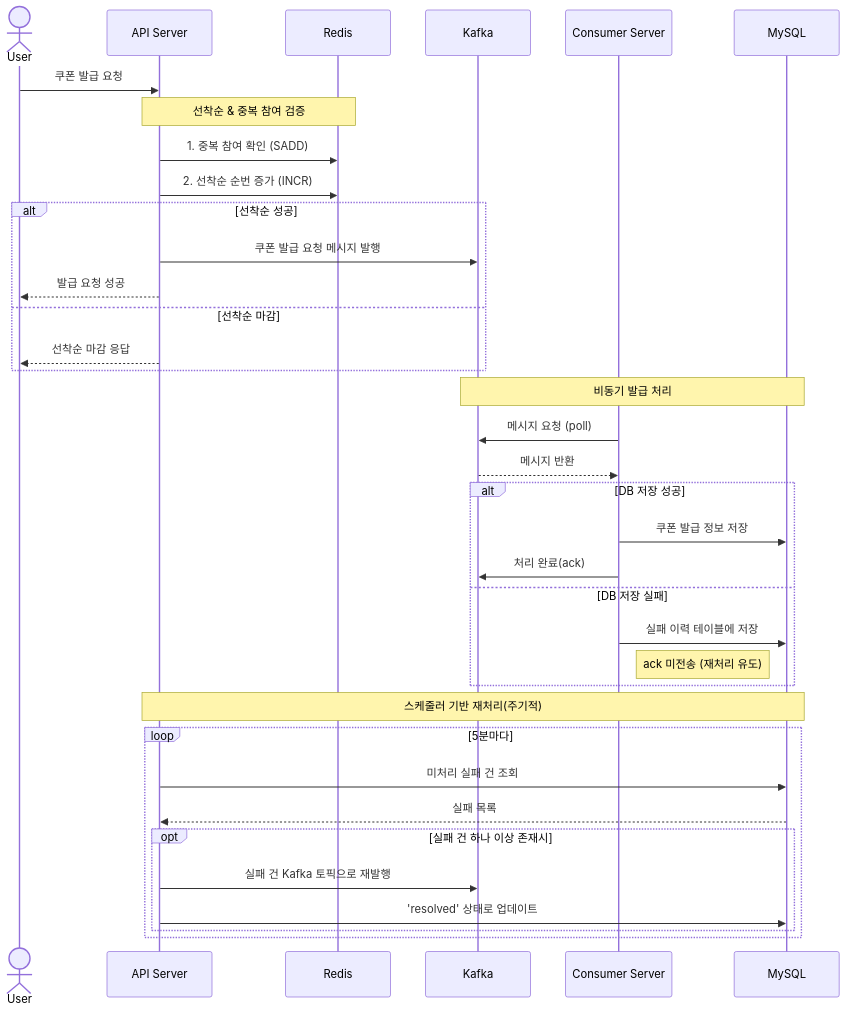
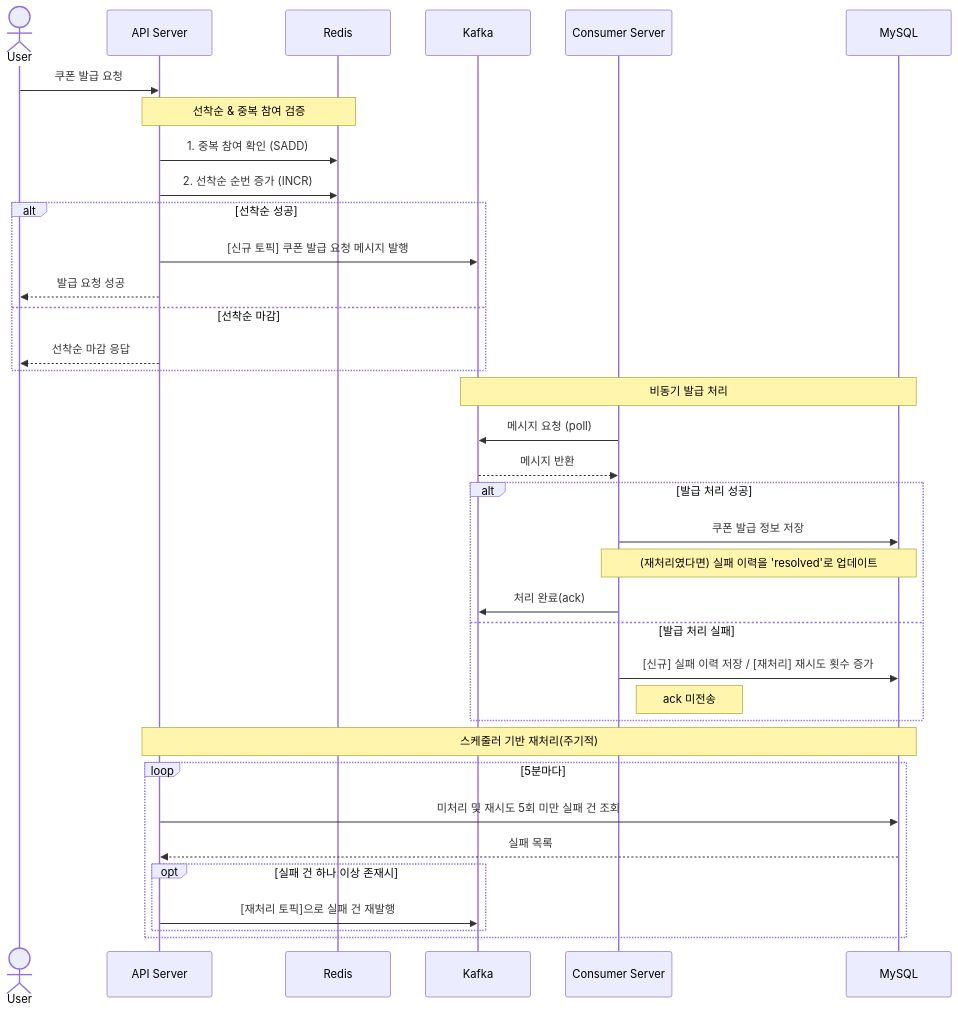
The diagram in README.md (devFancy/springboot-coupon-system), drawn with Mermaid before and after one commit. The commit also changed 1 other file, not shown here.

Commit message:
docs: 용어 사전 및 모델링, README 내용 업데이트

````diff
--- a/README.md
+++ b/README.md
@@ -54,45 +54,45 @@
 ```mermaid
 sequenceDiagram
-    actor User
-    participant API Server
-    participant Redis
-    participant Kafka
-    participant Consumer Server
-    participant DB as MySQL
+  actor User
+  participant API Server
+  participant Redis
+  participant Kafka
+  participant Consumer Server
+  participant DB as MySQL
 
-    User->>API Server: 쿠폰 발급 요청
-    
-    note over API Server, Redis: 선착순 & 중복 참여 검증
-    API Server->>Redis: 1. 중복 참여 확인 (SADD)
-    API Server->>Redis: 2. 선착순 순번 증가 (INCR)
+  User->>API Server: 쿠폰 발급 요청
 
-    alt 선착순 성공
-        API Server->>Kafka: 쿠폰 발급 요청 메시지 발행
-        API Server-->>User: 발급 요청 성공
-    else 선착순 마감
-        API Server-->>User: 선착순 마감 응답
+  note over API Server, Redis: 선착순 & 중복 참여 검증
+  API Server->>Redis: 1. 중복 참여 확인 (SADD)
+  API Server->>Redis: 2. 선착순 순번 증가 (INCR)
+
+  alt 선착순 성공
+    API Server->>Kafka: [신규 토픽] 쿠폰 발급 요청 메시지 발행
+    API Server-->>User: 발급 요청 성공
+  else 선착순 마감
+    API Server-->>User: 선착순 마감 응답
+  end
+
+  note over Kafka, DB: 비동기 발급 처리
+  Consumer Server->>Kafka: 메시지 요청 (poll)
+  Kafka-->>Consumer Server: 메시지 반환
+
+  alt 발급 처리 성공
+    Consumer Server->>DB: 쿠폰 발급 정보 저장
+    note over Consumer Server, DB: (재처리였다면) 실패 이력을 'resolved'로 업데이트
+    Consumer Server->>Kafka: 처리 완료(ack)
+  else 발급 처리 실패
+    Consumer Server->>DB: [신규] 실패 이력 저장 / [재처리] 재시도 횟수 증가
+    note right of Consumer Server: ack 미전송
+  end
+
+  note over API Server, DB: 스케줄러 기반 재처리(주기적)
+  loop 5분마다
+    API Server->>DB: 미처리 및 재시도 5회 미만 실패 건 조회
+    DB-->>API Server: 실패 목록
+
+    opt 실패 건 하나 이상 존재시
+      API Server->>Kafka: [재처리 토픽]으로 실패 건 재발행
     end
-    
-    note over Kafka, DB: 비동기 발급 처리
-    Consumer Server->>Kafka: 메시지 요청 (poll)
-    Kafka-->>Consumer Server: 메시지 반환
-    
-    alt DB 저장 성공
-      Consumer Server->>DB: 쿠폰 발급 정보 저장
-      Consumer Server->>Kafka: 처리 완료(ack)
-    else DB 저장 실패
-      Consumer Server->>DB: 실패 이력 테이블에 저장
-      note right of Consumer Server: ack 미전송 (재처리 유도)
-    end
-    
-    note over API Server, DB: 스케줄러 기반 재처리(주기적)
-    loop 5분마다
-      API Server->>DB: 미처리 실패 건 조회
-      DB-->>API Server: 실패 목록
-      
-      opt 실패 건 하나 이상 존재시
-        API Server->>Kafka: 실패 건 Kafka 토픽으로 재발행
-        API Server->>DB: 'resolved' 상태로 업데이트
-      end
-    end
+  end
 ```
````
